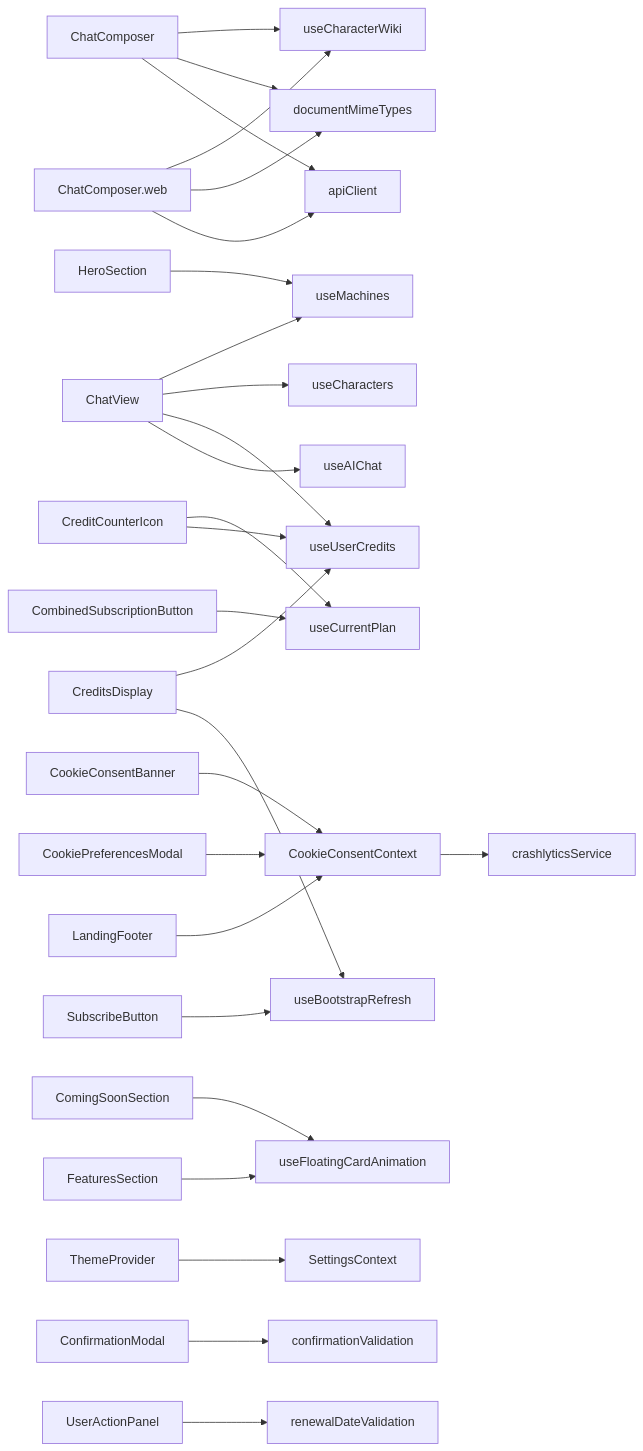
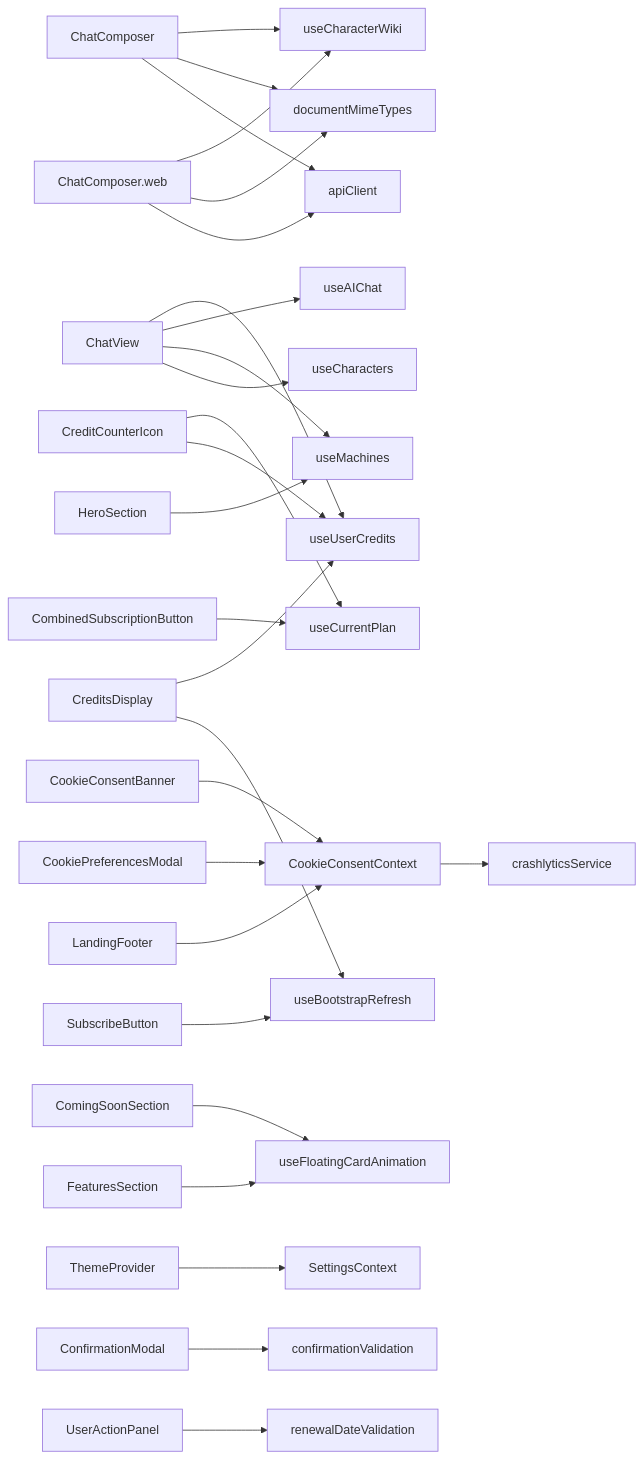
The diagram in docs/flowcharts/COMPONENTS.md (equationalapplications/clanker), drawn with Mermaid before and after one commit. The commit also changed other lines of this file, not shown here.

Commit message:
docs(charts): regenerate COMPONENTS flowchart

````diff
--- a/docs/flowcharts/COMPONENTS.md
+++ b/docs/flowcharts/COMPONENTS.md
@@ -4,29 +4,29 @@
 ```mermaid
 graph LR
   ChatComposer --> useCharacterWiki
   ChatComposer --> documentMimeTypes
   ChatComposer --> apiClient
   ChatComposer.web --> useCharacterWiki
   ChatComposer.web --> documentMimeTypes
   ChatComposer.web --> apiClient
+  ChatView --> useUserCredits
+  ChatView --> useAIChat
   ChatView --> useMachines
   ChatView --> useCharacters
-  ChatView --> useUserCredits
-  ChatView --> useAIChat
   CombinedSubscriptionButton --> useCurrentPlan
   CookieConsentBanner --> CookieConsentContext
   CookieConsentContext --> crashlyticsService
   CookiePreferencesModal --> CookieConsentContext
   CreditCounterIcon --> useCurrentPlan
   CreditCounterIcon --> useUserCredits
   CreditsDisplay --> useUserCredits
   CreditsDisplay --> useBootstrapRefresh
   ComingSoonSection --> useFloatingCardAnimation
   FeaturesSection --> useFloatingCardAnimation
   HeroSection --> useMachines
   LandingFooter --> CookieConsentContext
   SubscribeButton --> useBootstrapRefresh
   ThemeProvider --> SettingsContext
   ConfirmationModal --> confirmationValidation
   UserActionPanel --> renewalDateValidation
 ```
````
